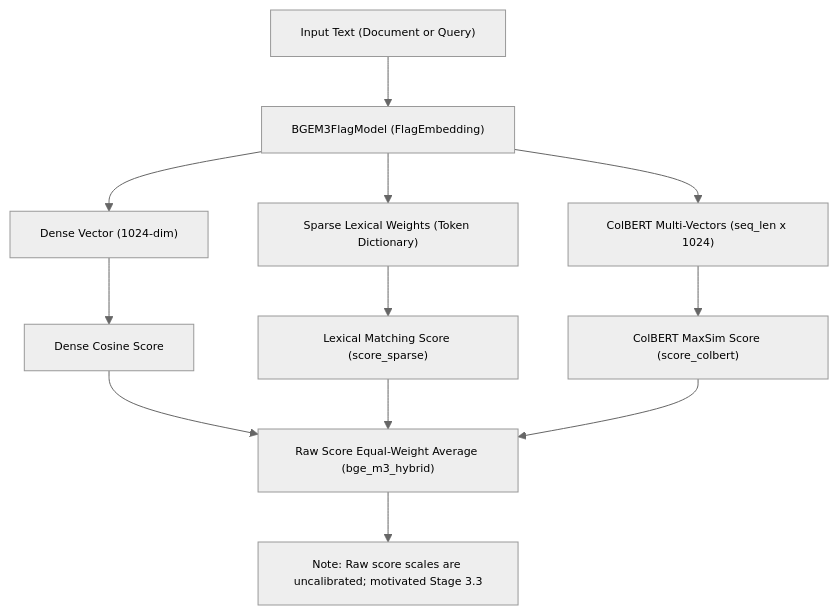
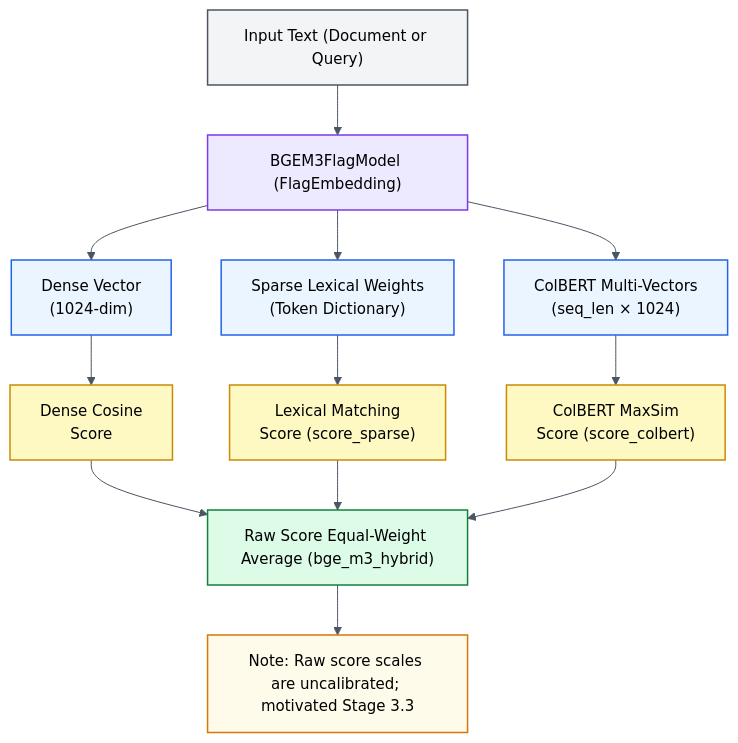
The fourth of 7 diagrams in docs/workflow.md (the-write-path-code/ch03-taming-hallucination-puzzle), drawn with Mermaid before and after one commit. The commit also changed other lines of this file, not shown here.

Commit message:
docs: update Figure 3.5 architecture flow to Wiley-IEEE monograph layout

````diff
--- a/docs/workflow.md
+++ b/docs/workflow.md
@@ -108,19 +120,33 @@
 ```mermaid
-%%{init: {"theme": "neutral", "themeVariables": {"fontFamily": "Arial, Helvetica, sans-serif", "fontSize": "11px", "actorFontSize": "11px", "noteFontSize": "10px", "messageFontSize": "10px"}}}%%
+%%{init: {"theme": "base", "themeVariables": {"fontFamily": "Arial, Helvetica, sans-serif", "fontSize": "15px", "primaryTextColor": "#000000", "lineColor": "#4B5563"}}}%%
 flowchart TD
     Text["Input Text (Document or Query)"] --> Model["BGEM3FlagModel (FlagEmbedding)"]
     
-    Model --> V1["Dense Vector (1024-dim)"]
-    Model --> V2["Sparse Lexical Weights (Token Dictionary)"]
-    Model --> V3["ColBERT Multi-Vectors (seq_len x 1024)"]
+    Model --> V1["Dense Vector<br/>(1024-dim)"]
+    Model --> V2["Sparse Lexical Weights<br/>(Token Dictionary)"]
+    Model --> V3["ColBERT Multi-Vectors<br/>(seq_len &times; 1024)"]
     
-    V1 --> S1["Dense Cosine Score"]
-    V2 --> S2["Lexical Matching Score (score_sparse)"]
-    V3 --> S3["ColBERT MaxSim Score (score_colbert)"]
+    V1 --> S1["Dense Cosine<br/>Score"]
+    V2 --> S2["Lexical Matching<br/>Score (score_sparse)"]
+    V3 --> S3["ColBERT MaxSim<br/>Score (score_colbert)"]
     
     S1 --> RawAvg["Raw Score Equal-Weight Average (bge_m3_hybrid)"]
     S2 --> RawAvg
     S3 --> RawAvg
     
     RawAvg --> Note["Note: Raw score scales are uncalibrated; motivated Stage 3.3"]
+
+    classDef inputNode fill:#F3F4F6,stroke:#4B5563,color:#000000,stroke-width:1.5px
+    classDef modelNode fill:#EDE9FE,stroke:#7C3AED,color:#000000,stroke-width:1.5px
+    classDef repNode fill:#EBF5FF,stroke:#2563EB,color:#000000,stroke-width:1.5px
+    classDef scoreNode fill:#FEF9C3,stroke:#CA8A04,color:#000000,stroke-width:1.5px
+    classDef avgNode fill:#DCFCE7,stroke:#15803D,color:#000000,stroke-width:1.5px
+    classDef noteNode fill:#FFFBEB,stroke:#D97706,color:#000000,stroke-width:1.5px
+
+    class Text inputNode
+    class Model modelNode
+    class V1,V2,V3 repNode
+    class S1,S2,S3 scoreNode
+    class RawAvg avgNode
+    class Note noteNode
 ```
````
